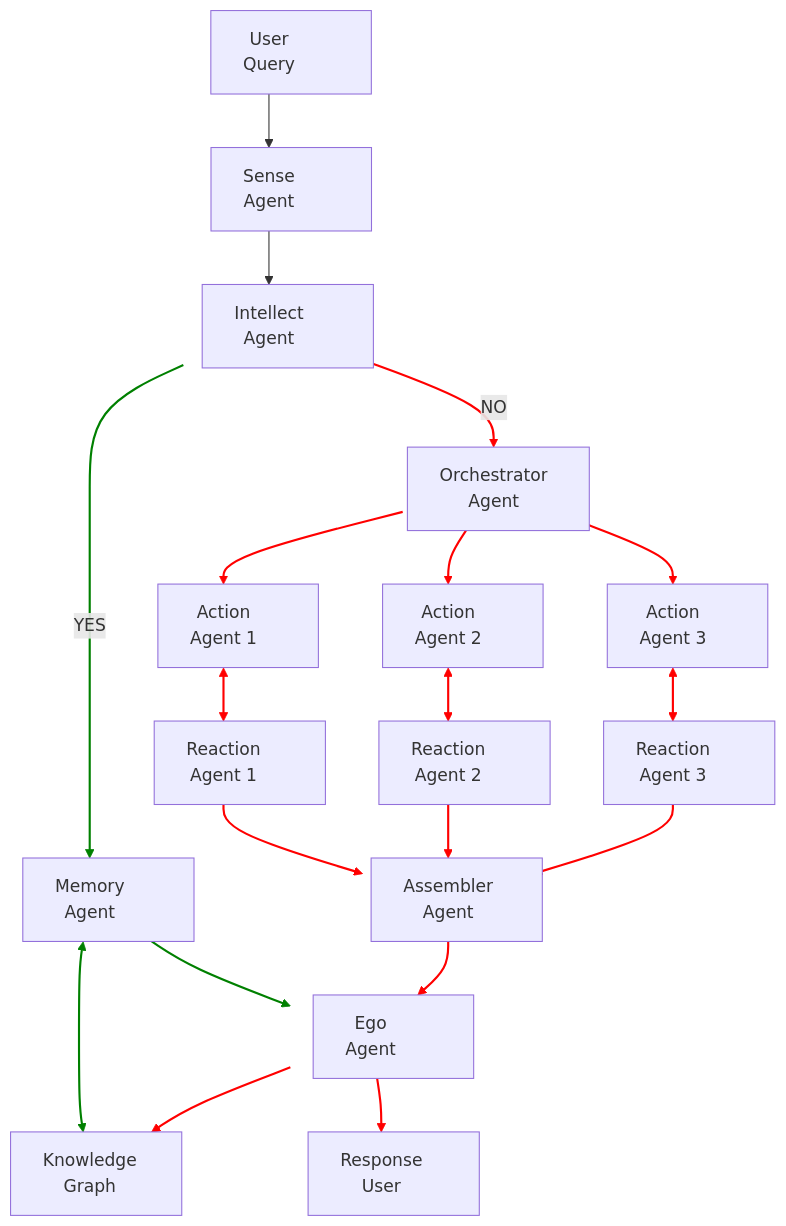
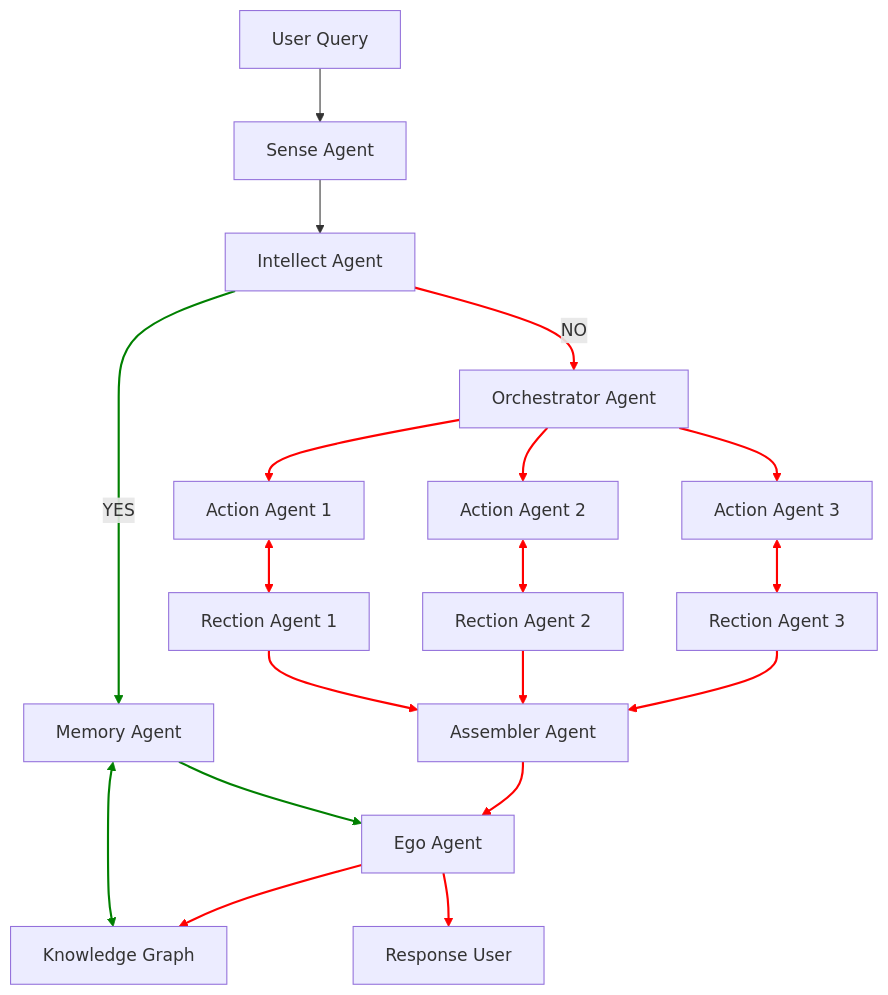
The diagram in README.md (Mindverse-Computing/algoverse), drawn with Mermaid before and after one commit.

````diff
--- a/README.md
+++ b/README.md
@@ -78,58 +78,41 @@
 ```mermaid
 graph TD
-  A["User<br/>Query"] --> S["Sense<br/>Agent"]
-  S --> I["Intellect<br/>Agent"]
-  I -- YES --> M["Memory<br/>Agent"]
-  M <--> G["Knowledge<br/>Graph"]
-  M --> E["Ego<br/>Agent"]
-  I -- NO --> O["Orchestrator<br/>Agent"]
-  O --> A1["Action<br/>Agent 1"]
-  O --> A2["Action<br/>Agent 2"]
-  O --> A3["Action<br/>Agent 3"]
-  A1 <--> R1["Reaction<br/>Agent 1"]
-  A2 <--> R2["Reaction<br/>Agent 2"]
-  A3 <--> R3["Reaction<br/>Agent 3"]
-  R1 --> AA["Assembler<br/>Agent"]
-  R2 --> AA
-  R3 --> AA
-  AA --> E
-  E --> G
-  E --> U["Response<br/>User"]
+  A[User Query] --> S[Sense Agent]
+  S --> I[Intellect Agent]
+  I -- YES --> M[Memory Agent]
+  M <--> G[Knowledge Graph]
+  M --> E[Ego Agent]
+  I -- NO --> O[Orchestrator Agent]
+  O --> A1[Action Agent 1]
+  O --> A2[Action Agent 2]
+  O --> A3[Action Agent 3]
+  A1 <--> R1[Rection Agent 1]
+  A2 <--> R2[Rection Agent 2]
+  A3 <--> R3[Rection Agent 3]
+  R1 --> AA[Assembler Agent]
+  R2 --> AA[Assembler Agent]
+  R3 --> AA[Assembler Agent]
+  AA --> E[Ego Agent]
+  E --> G[Knowledge Graph]
+  E --> U[Response User]
 
-  %% GREEN links (YES path)
+  %% Styling green paths (YES path)
   linkStyle 2 stroke:green,stroke-width:2px      
   linkStyle 3 stroke:green,stroke-width:2px      
   linkStyle 4 stroke:green,stroke-width:2px      
 
-  %% RED links (NO path)
+  %% Styling red paths (NO path)
   linkStyle 5 stroke:red,stroke-width:2px       
   linkStyle 6 stroke:red,stroke-width:2px        
   linkStyle 7 stroke:red,stroke-width:2px        
   linkStyle 8 stroke:red,stroke-width:2px        
   linkStyle 9 stroke:red,stroke-width:2px        
   linkStyle 10 stroke:red,stroke-width:2px       
   linkStyle 11 stroke:red,stroke-width:2px       
   linkStyle 12 stroke:red,stroke-width:2px       
   linkStyle 13 stroke:red,stroke-width:2px       
   linkStyle 14 stroke:red,stroke-width:2px       
   linkStyle 15 stroke:red,stroke-width:2px       
   linkStyle 16 stroke:red,stroke-width:2px       
-  linkStyle 17 stroke:red,stroke-width:2px       
-
-  %% Node size styling (in pixels)
-  style A width:150px
-  style S width:150px
-  style I width:160px
-  style M width:160px
-  style G width:160px
-  style E width:150px
-  style O width:170px
-  style A1 width:150px
-  style A2 width:150px
-  style A3 width:150px
-  style R1 width:160px
-  style R2 width:160px
-  style R3 width:160px
-  style AA width:160px
-  style U width:160px            
+  linkStyle 17 stroke:red,stroke-width:2px           
 ```
````
